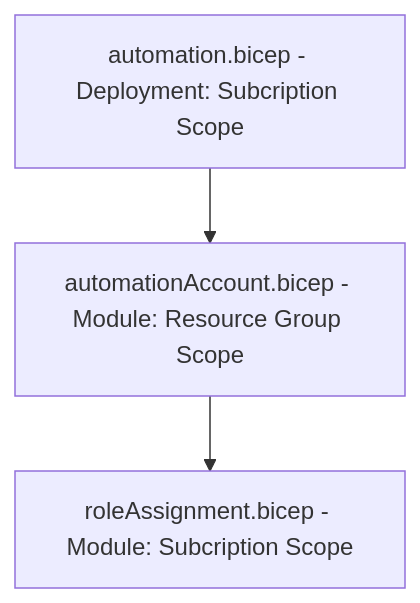
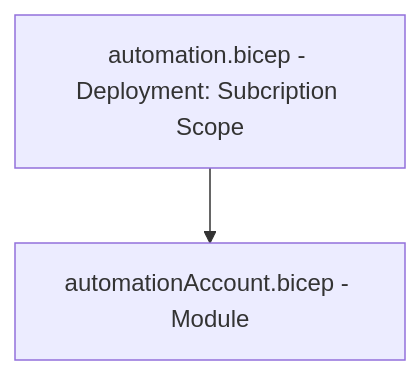
One commit to retaildevcrews/ngsa-asb changed the diagram in scripts/ResourceAutomation/README.md. Above: the diagram before and after it, drawn with Mermaid.

Commit message:
updated docs and pointed to right file after merge for script

````diff
--- a/scripts/ResourceAutomation/README.md
+++ b/scripts/ResourceAutomation/README.md
@@ -23,5 +23,4 @@
 ```mermaid
 flowchart TD;
     top[automation.bicep - Deployment: Subcription Scope]-->account[automationAccount.bicep - Module];
-    account[automationAccount.bicep - Module: Resource Group Scope]-->roleAssignment[roleAssignment.bicep - Module: Subcription Scope];
 ```
````
